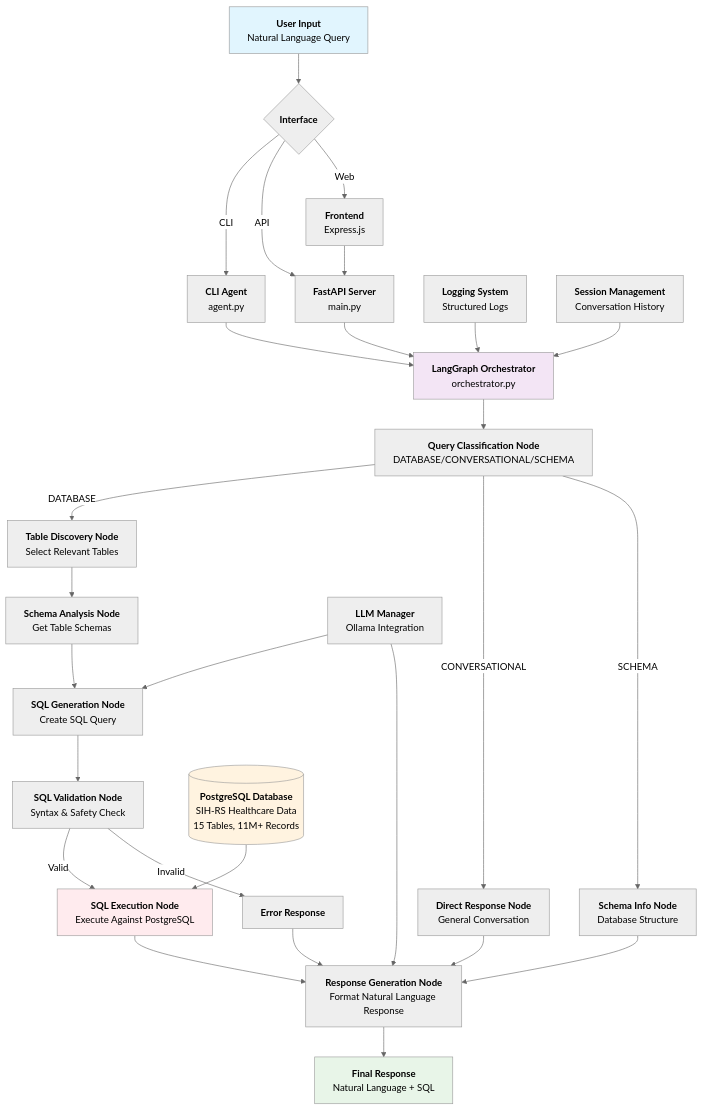
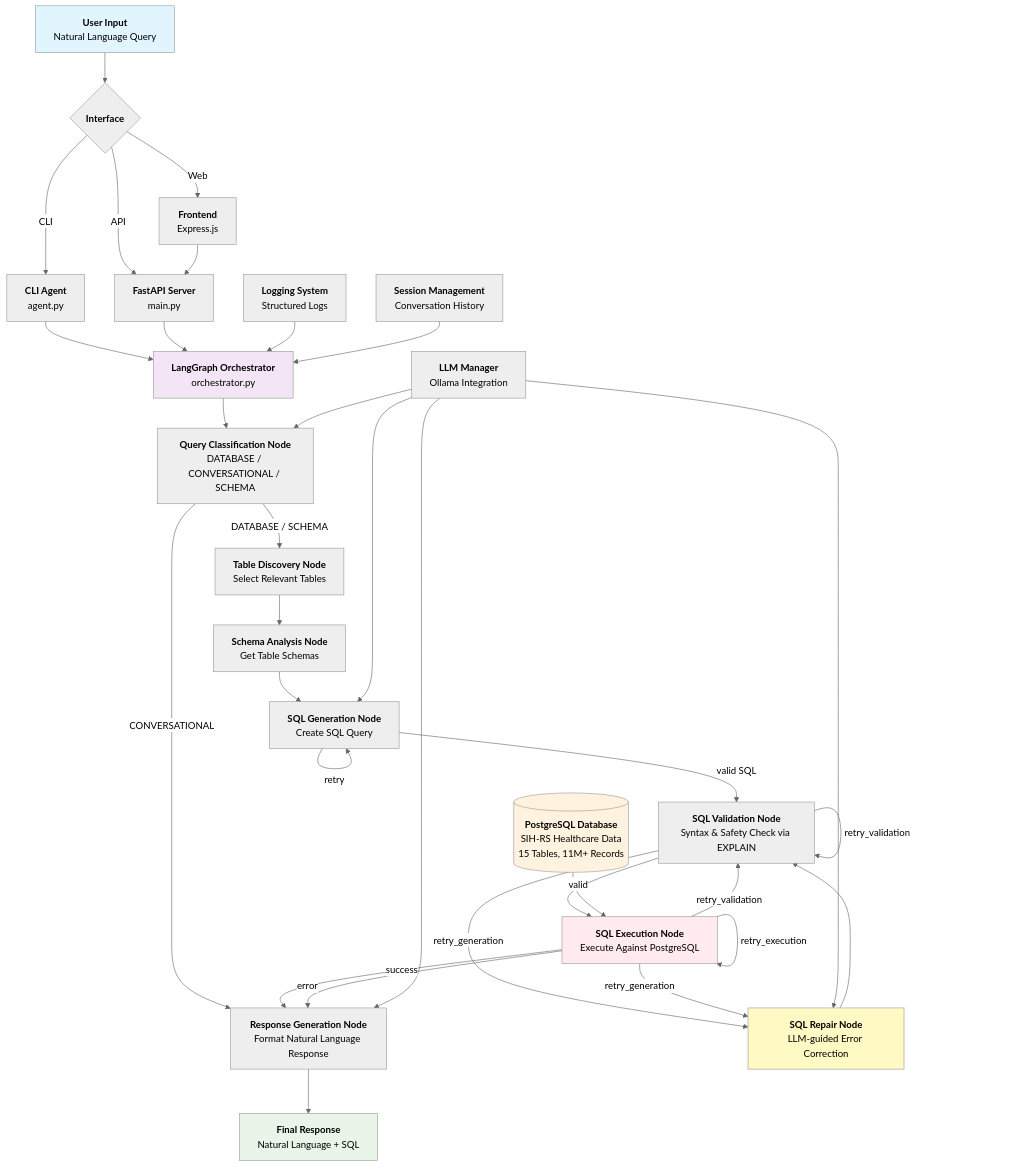
Before and after one commit to MaiconKevyn/agent-txt2sql-langgraph: the diagram in README.md, drawn with Mermaid (neutral theme). The commit also changed other lines of this file and 11 other files, not shown here.

````diff
--- a/README.md
+++ b/README.md
@@ -146,46 +146,54 @@
 ```mermaid
 graph TD
     A["<b>User Input</b><br/>Natural Language Query"] --> B{"<b>Interface</b>"}
-    
+
     B -->|CLI| C["<b>CLI Agent</b><br/>agent.py"]
     B -->|API| D["<b>FastAPI Server</b><br/>main.py"]
     B -->|Web| E["<b>Frontend</b><br/>Express.js"]
-    
+
     C --> F["<b>LangGraph Orchestrator</b><br/>orchestrator.py"]
     D --> F
     E --> D
-    
-    F --> G["<b>Query Classification Node</b><br/>DATABASE/CONVERSATIONAL/SCHEMA"]
-    
-    G -->|DATABASE| H["<b>Table Discovery Node</b><br/>Select Relevant Tables"]
-    G -->|CONVERSATIONAL| I["<b>Direct Response Node</b><br/>General Conversation"]
-    G -->|SCHEMA| J["<b>Schema Info Node</b><br/>Database Structure"]
-    
+
+    F --> G["<b>Query Classification Node</b><br/>DATABASE / CONVERSATIONAL / SCHEMA"]
+
+    G -->|DATABASE / SCHEMA| H["<b>Table Discovery Node</b><br/>Select Relevant Tables"]
+    G -->|CONVERSATIONAL| P["<b>Response Generation Node</b><br/>Format Natural Language Response"]
+
     H --> K["<b>Schema Analysis Node</b><br/>Get Table Schemas"]
     K --> L["<b>SQL Generation Node</b><br/>Create SQL Query"]
-    L --> M["<b>SQL Validation Node</b><br/>Syntax & Safety Check"]
-    
-    M -->|Valid| N["<b>SQL Execution Node</b><br/>Execute Against PostgreSQL"]
-    M -->|Invalid| O["<b>Error Response</b>"]
-    
-    N --> P["<b>Response Generation Node</b><br/>Format Natural Language Response"]
-    I --> P
-    J --> P
-    O --> P
-    
+
+    L -->|retry| L
+    L -->|valid SQL| M["<b>SQL Validation Node</b><br/>Syntax & Safety Check via EXPLAIN"]
+
+    M -->|valid| N["<b>SQL Execution Node</b><br/>Execute Against PostgreSQL"]
+    M -->|retry_generation| O["<b>SQL Repair Node</b><br/>LLM-guided Error Correction"]
+    M -->|retry_validation| M
+
+    N -->|success| P
+    N -->|retry_generation| O
+    N -->|retry_validation| M
+    N -->|retry_execution| N
+    N -->|error| P
+
+    O --> M
+
     P --> Q["<b>Final Response</b><br/>Natural Language + SQL"]
-    
+
     R[("<b>PostgreSQL Database</b><br/>SIH-RS Healthcare Data<br/>15 Tables, 11M+ Records")] --> N
-    
-    S["<b>LLM Manager</b><br/>Ollama Integration"] --> L
+
+    S["<b>LLM Manager</b><br/>Ollama Integration"] --> G
+    S --> L
+    S --> O
     S --> P
-    
+
     T["<b>Logging System</b><br/>Structured Logs"] --> F
     U["<b>Session Management</b><br/>Conversation History"] --> F
-    
+
     style A fill:#e1f5fe
     style Q fill:#e8f5e8
     style R fill:#fff3e0
     style F fill:#f3e5f5
     style N fill:#ffebee
+    style O fill:#fff9c4
 ```
````
